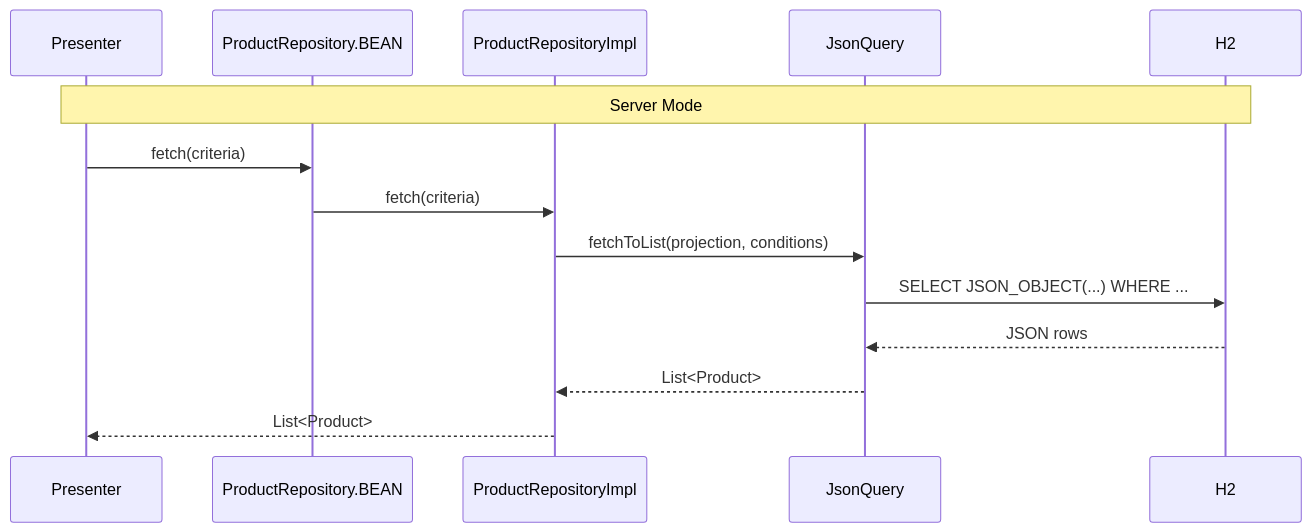
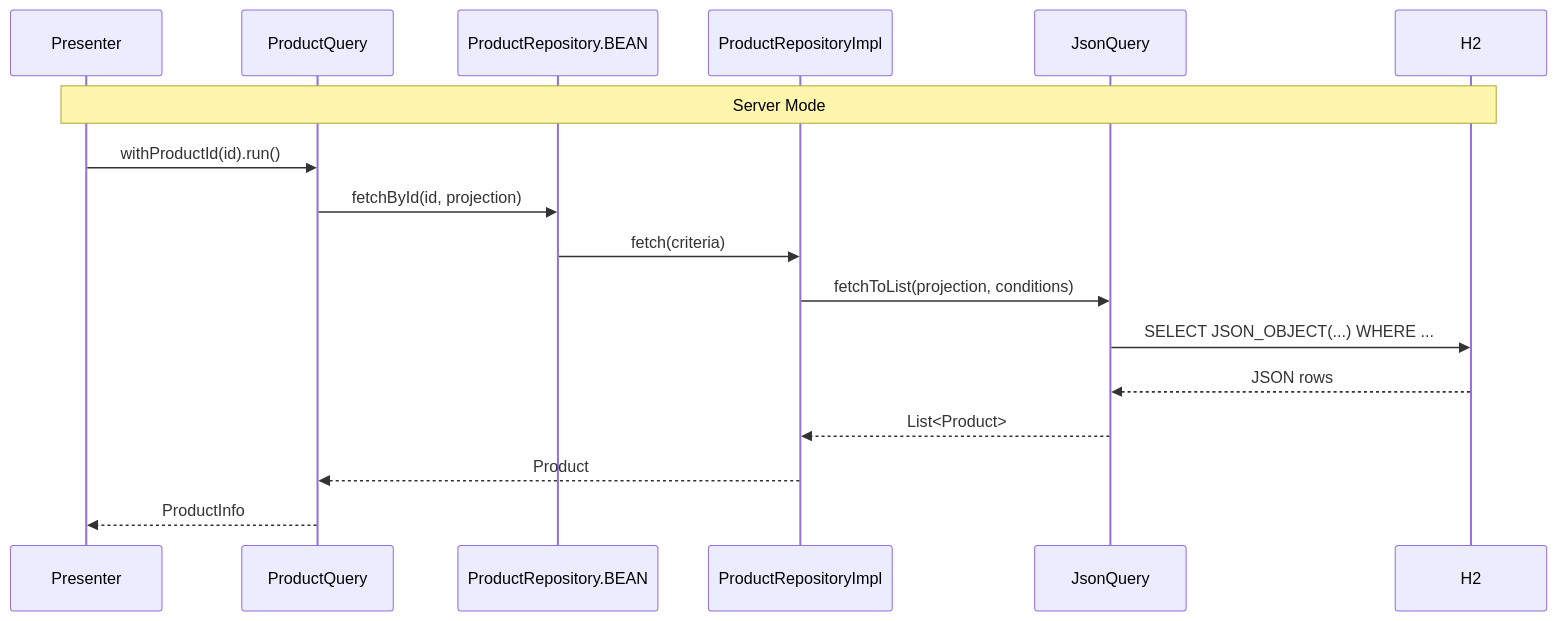
The fifth of 6 diagrams in docs/data-layer.md (mrcdom/wdc-cube-java-v2), drawn with Mermaid before and after one commit. The commit also changed other lines of this file and 4 other files, not shown here.

````diff
--- a/docs/data-layer.md
+++ b/docs/data-layer.md
@@ -674,17 +753,20 @@
 ```mermaid
 sequenceDiagram
     participant Presenter
+    participant Call as ProductQuery
     participant BEAN as ProductRepository.BEAN
     participant Impl as ProductRepositoryImpl
     participant QUERY as JsonQuery
     participant DB as H2
 
     note over Presenter,DB: Server Mode
-    Presenter->>BEAN: fetch(criteria)
+    Presenter->>Call: withProductId(id).run()
+    Call->>BEAN: fetchById(id, projection)
     BEAN->>Impl: fetch(criteria)
     Impl->>QUERY: fetchToList(projection, conditions)
     QUERY->>DB: SELECT JSON_OBJECT(...) WHERE ...
     DB-->>QUERY: JSON rows
     QUERY-->>Impl: List<Product>
-    Impl-->>Presenter: List<Product>
+    Impl-->>Call: Product
+    Call-->>Presenter: ProductInfo
 ```
````
